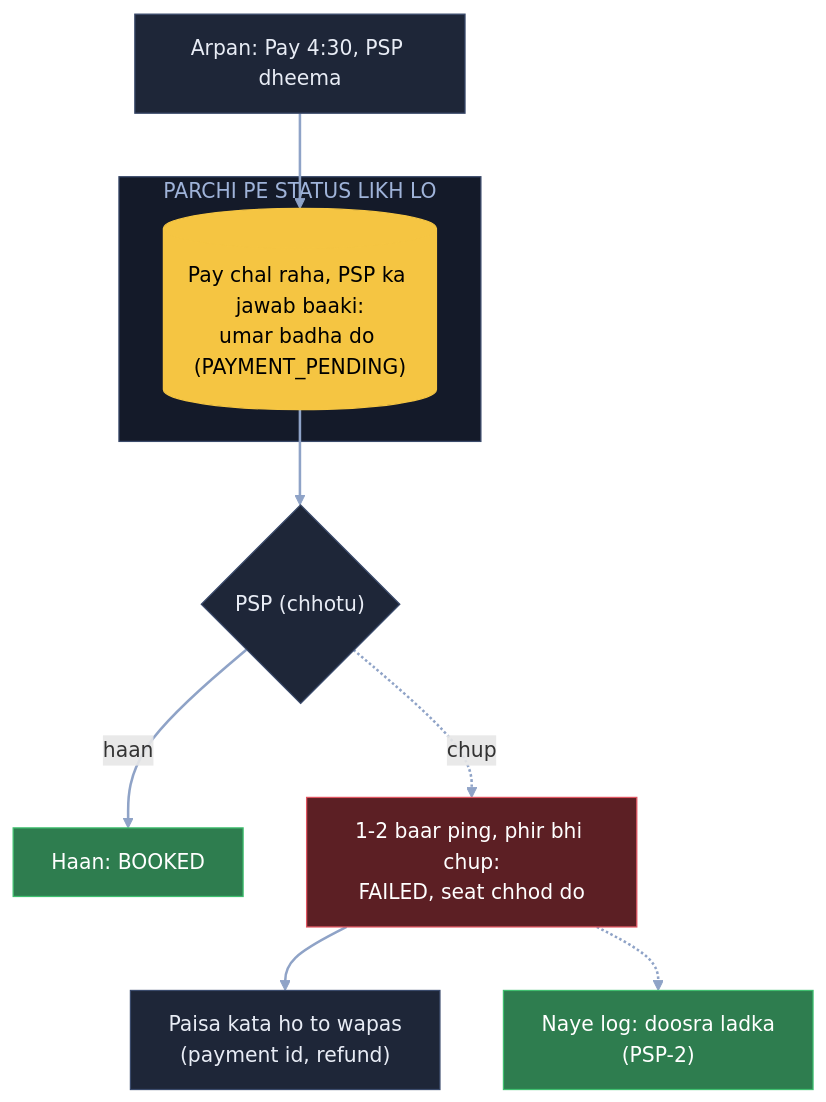
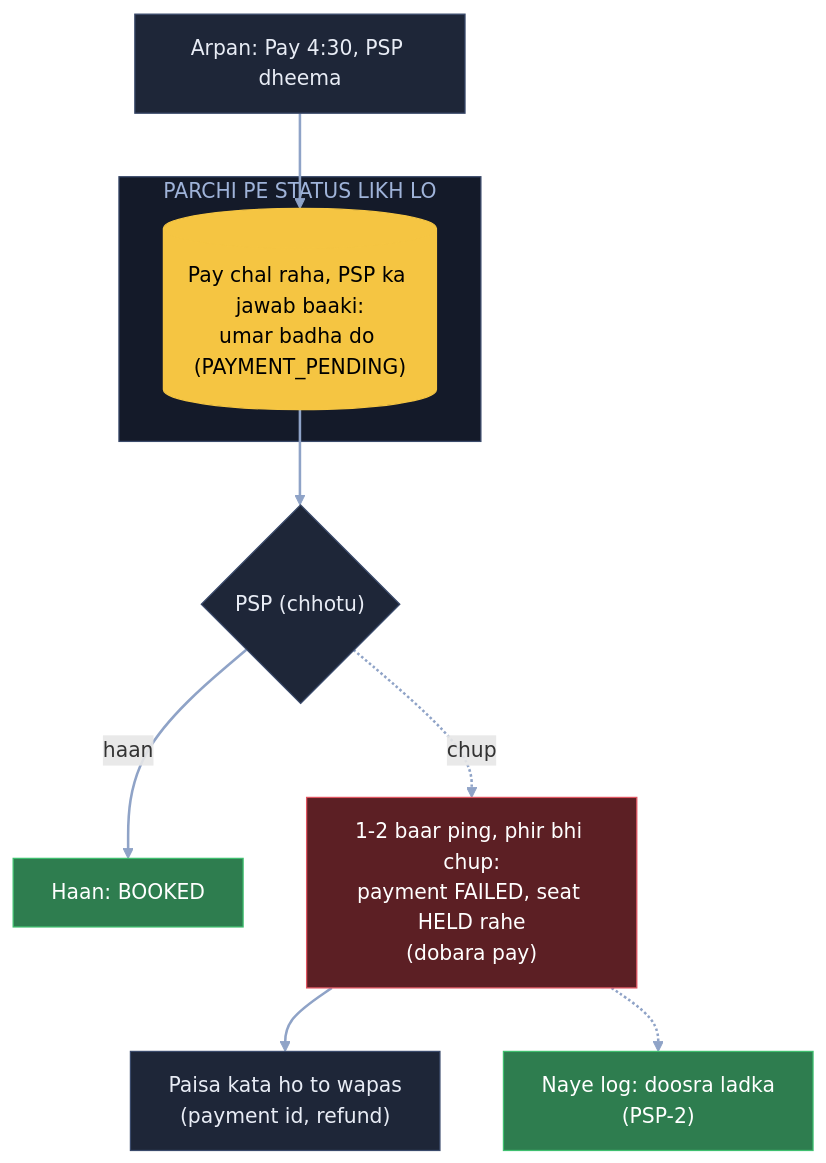
Before and after one commit to ArpanMaheshwari144/Prep: the sixth of 11 diagrams in 04_HLD/SYSTEM_DESIGNS/09_bookmyshow/09_bookmyshow.md, drawn with Mermaid. The commit also changed other lines of this file and 2 other files, not shown here.

Commit message:
BMS 6a-6f: Arpan ka faisla - 30-55 sec pe payment FAILED par seat mat chhodo (bachi umar tak HELD, dobara pay doosre PSP pe); 6a misaal 5:20, 6e kadi, state diagram, FR, chain

````diff
--- a/04_HLD/SYSTEM_DESIGNS/09_bookmyshow/09_bookmyshow.md
+++ b/04_HLD/SYSTEM_DESIGNS/09_bookmyshow/09_bookmyshow.md
@@ -222,24 +225,24 @@
 ```mermaid
 flowchart TB
     A["Arpan: Pay 4:30, PSP dheema"]:::card
     subgraph SL["PARCHI PE STATUS LIKH LO"]
         D[("Pay chal raha, PSP ka jawab baaki:<br/>umar badha do (PAYMENT_PENDING)")]:::pill
     end
     P{"PSP (chhotu)"}:::card
     B["Haan: BOOKED"]:::good
-    F["1-2 baar ping, phir bhi chup:<br/>FAILED, seat chhod do"]:::bad
+    F["1-2 baar ping, phir bhi chup:<br/>payment FAILED, seat HELD rahe<br/>(dobara pay)"]:::bad
     R["Paisa kata ho to wapas<br/>(payment id, refund)"]:::card
     N["Naye log: doosra ladka<br/>(PSP-2)"]:::good
     A --> D
     D --> P
     P -- "haan" --> B
     P -. "chup" .-> F
     F --> R
     F -.-> N
     linkStyle default stroke:#8fa3c7,stroke-width:2px
     classDef card fill:#1e2638,stroke:#3a4a6b,color:#e8ecf5
     classDef pill fill:#f5c542,stroke:#f5c542,color:#000
     classDef good fill:#2e7d4f,stroke:#3fbf6f,color:#fff
     classDef bad fill:#5c1f24,stroke:#e05561,color:#fff
     style SL fill:#141a29,stroke:#3a4a6b,color:#9fb3d9
 ```
````
